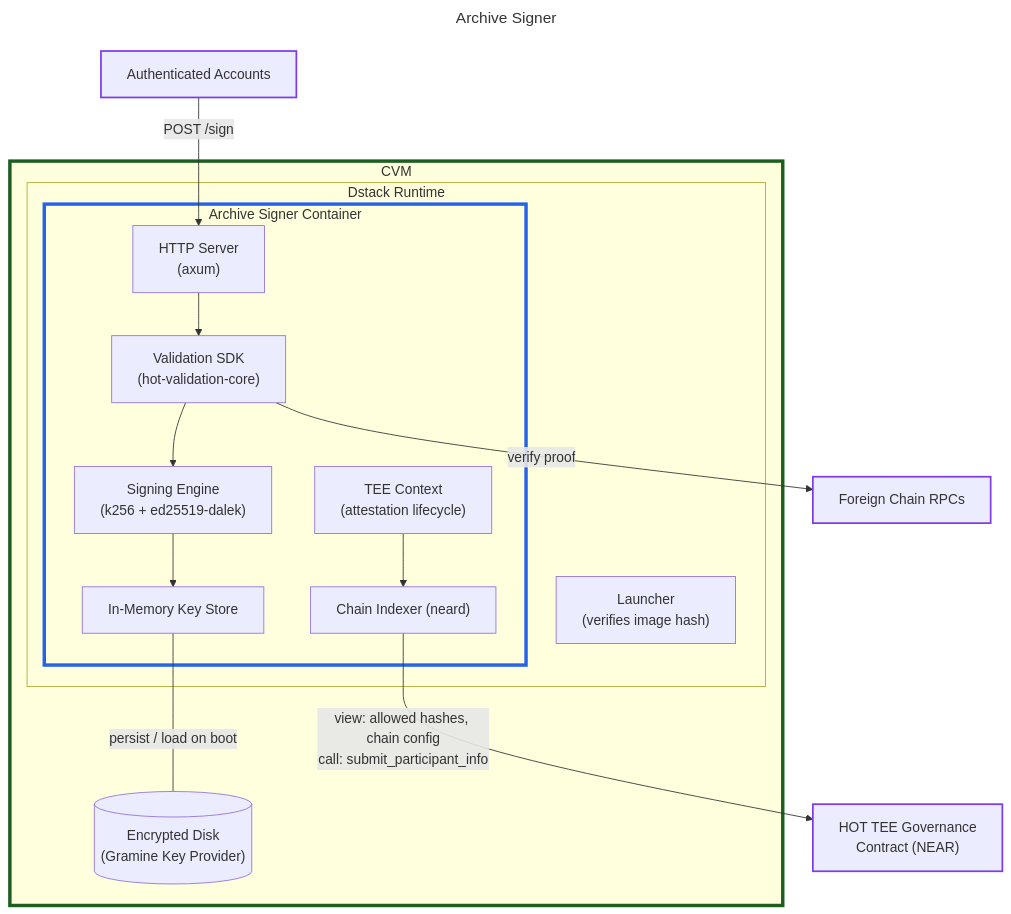
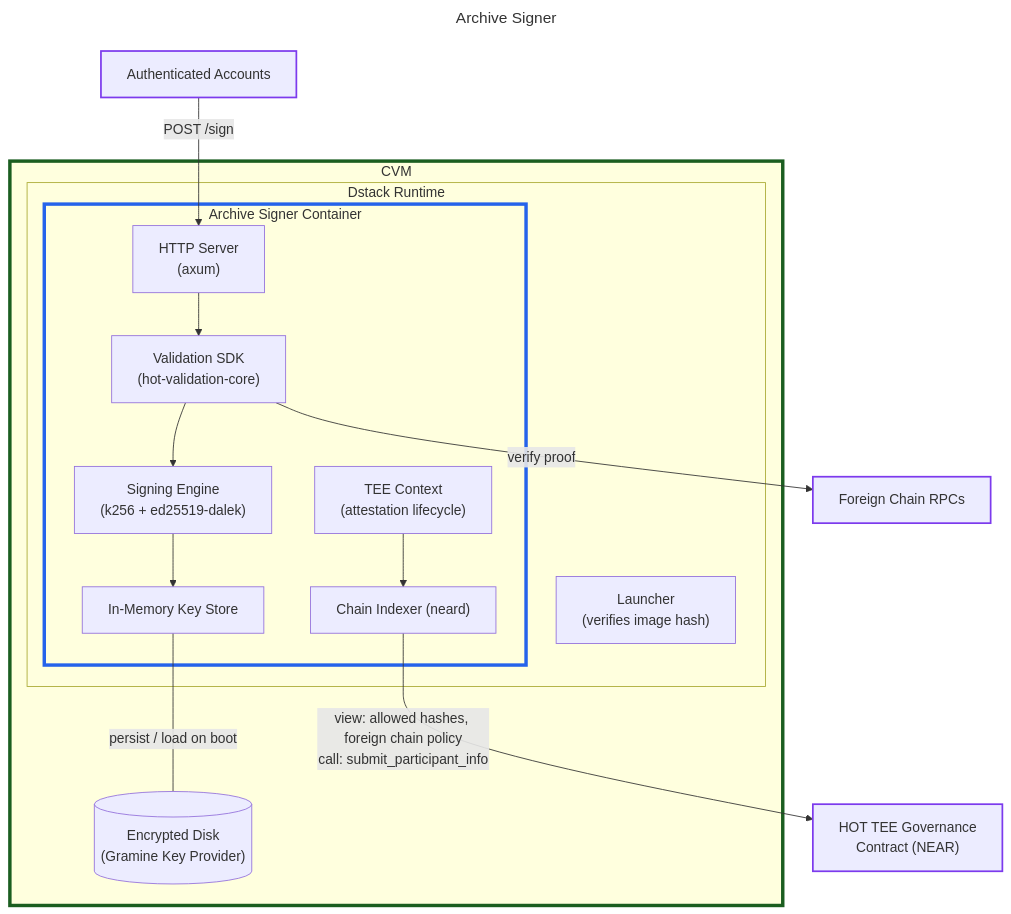
The first of 3 diagrams in docs/hot-tee-signing-design.md (near/mpc), drawn with Mermaid before and after one commit. The commit also changed other lines of this file and 2 other files, not shown here.

````diff
--- a/docs/hot-tee-signing-design.md
+++ b/docs/hot-tee-signing-design.md
@@ -67,45 +74,45 @@
 ```mermaid
 ---
 title: Archive Signer
 ---
 flowchart TB
 
 subgraph CVM["CVM"]
     subgraph DSTACK["Dstack Runtime"]
         LAUNCHER["Launcher<br/>(verifies image hash)"]
         subgraph HOT_APP["Archive Signer Container"]
             HTTP["HTTP Server<br/>(axum)"]
             VALIDATION["Validation SDK<br/>(hot-validation-core)"]
             SIGNER["Signing Engine<br/>(k256 + ed25519-dalek)"]
             KEYSTORE["In-Memory Key Store"]
             TEE_CTX["TEE Context<br/>(attestation lifecycle)"]
             INDEXER["Chain Indexer (neard)"]
         end
     end
     DISK[("Encrypted Disk<br/>(Gramine Key Provider)")]
 end
 
 CLIENT["Authenticated Accounts"]
 HOT_CONTRACT["HOT TEE Governance<br/>Contract (NEAR)"]
 RPC["Foreign Chain RPCs"]
 
 CLIENT -->|"POST /sign"| HTTP
 HTTP --> VALIDATION
 VALIDATION -->|"verify proof"| RPC
 VALIDATION --> SIGNER
 SIGNER --> KEYSTORE
 KEYSTORE ---|"persist / load on boot"| DISK
 
 TEE_CTX --> INDEXER
-INDEXER -->|"view: allowed hashes, chain config<br/>call: submit_participant_info"| HOT_CONTRACT
+INDEXER -->|"view: allowed hashes, foreign chain policy<br/>call: submit_participant_info"| HOT_CONTRACT
 
 classDef cvm stroke:#1b5e20,stroke-width:4px;
 classDef app stroke:#2563eb,stroke-width:4px;
 classDef ext stroke:#7c3aed,stroke-width:2px;
 
 class CVM cvm;
 class HOT_APP app;
 class HOT_CONTRACT ext;
 class CLIENT ext;
 class RPC ext;
 ```
````
